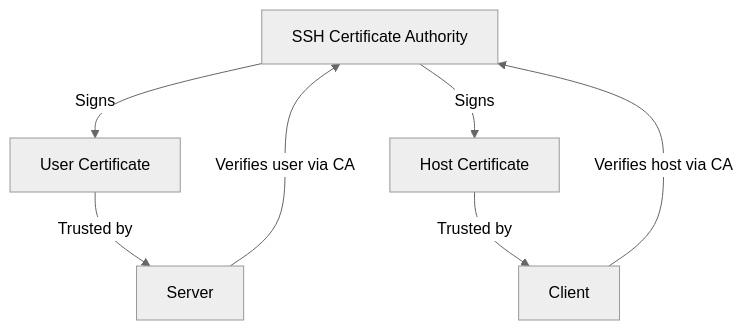
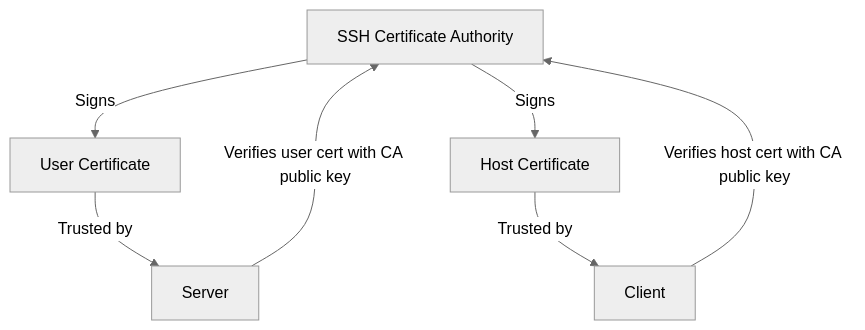
One commit to OneUptime/blog changed the diagram in posts/2026-02-21-how-to-use-ansible-with-ssh-certificates/README.md. Above: the diagram before and after it, drawn with Mermaid (neutral theme). The commit also changed other lines of this file and 2 other files, not shown here.

````diff
--- a/posts/2026-02-21-how-to-use-ansible-with-ssh-certificates/README.md
+++ b/posts/2026-02-21-how-to-use-ansible-with-ssh-certificates/README.md
@@ -17,9 +17,9 @@
 ```mermaid
 graph TD
     CA[SSH Certificate Authority] -->|Signs| UC[User Certificate]
     CA -->|Signs| HC[Host Certificate]
     UC -->|Trusted by| S[Server]
     HC -->|Trusted by| C[Client]
-    S -->|Verifies user via CA| CA
-    C -->|Verifies host via CA| CA
+    S -->|Verifies user cert with CA public key| CA
+    C -->|Verifies host cert with CA public key| CA
 ```
````
